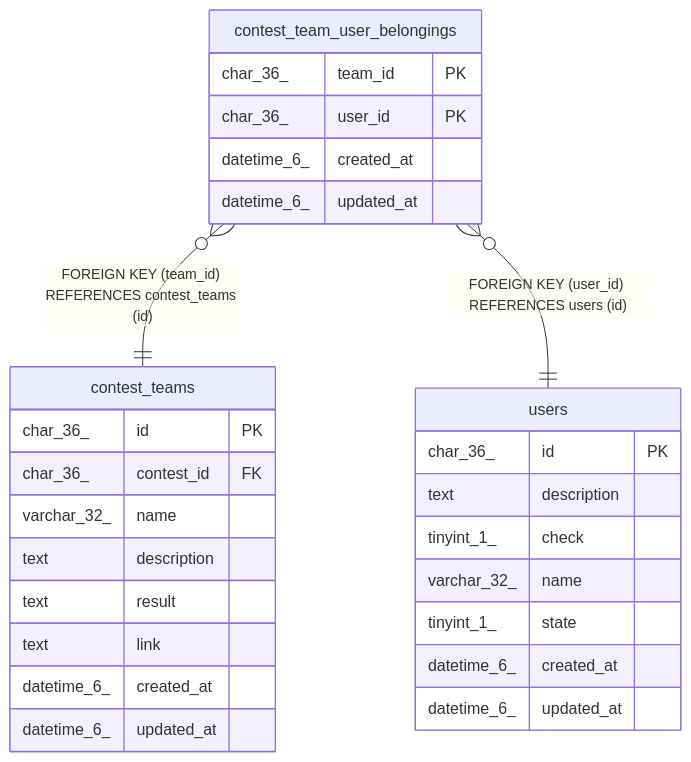
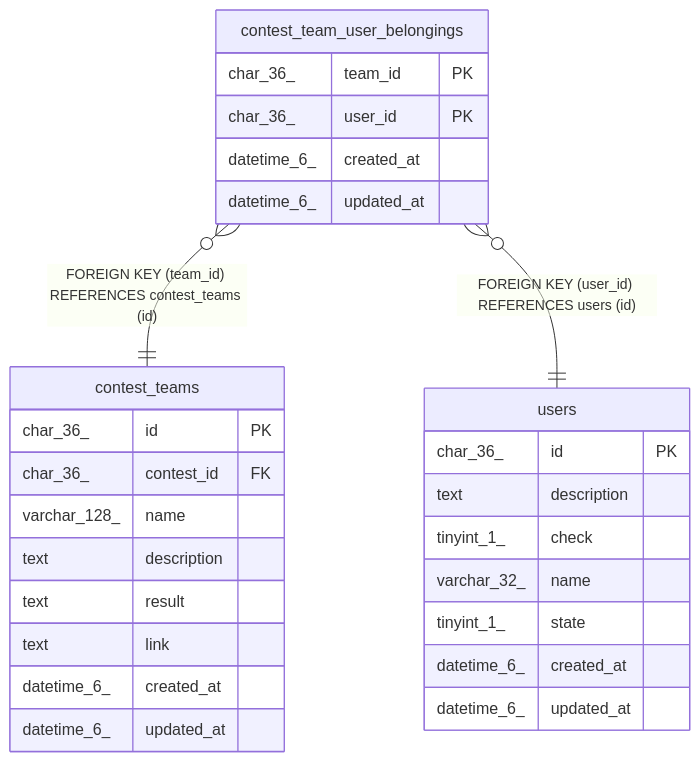
The diagram in docs/dbschema/contest_team_user_belongings.md (traPtitech/traPortfolio), drawn with Mermaid before and after one commit. The commit also changed 7 other files, not shown here.

````diff
--- a/docs/dbschema/contest_team_user_belongings.md
+++ b/docs/dbschema/contest_team_user_belongings.md
@@ -51,32 +51,32 @@
 ```mermaid
 erDiagram
 
 "contest_team_user_belongings" }o--|| "contest_teams" : "FOREIGN KEY (team_id) REFERENCES contest_teams (id)"
 "contest_team_user_belongings" }o--|| "users" : "FOREIGN KEY (user_id) REFERENCES users (id)"
 
 "contest_team_user_belongings" {
   char_36_ team_id PK
   char_36_ user_id PK
   datetime_6_ created_at
   datetime_6_ updated_at
 }
 "contest_teams" {
   char_36_ id PK
   char_36_ contest_id FK
-  varchar_32_ name
+  varchar_128_ name
   text description
   text result
   text link
   datetime_6_ created_at
   datetime_6_ updated_at
 }
 "users" {
   char_36_ id PK
   text description
   tinyint_1_ check
   varchar_32_ name
   tinyint_1_ state
   datetime_6_ created_at
   datetime_6_ updated_at
 }
 ```
````
